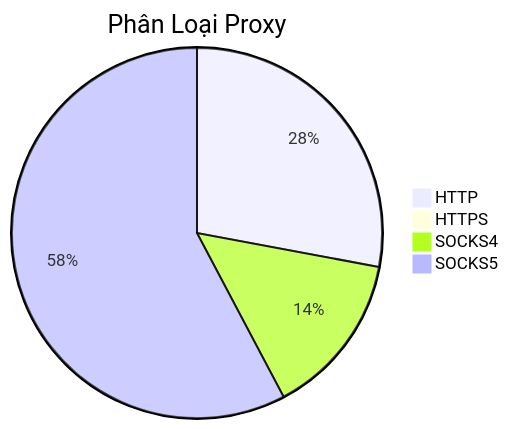
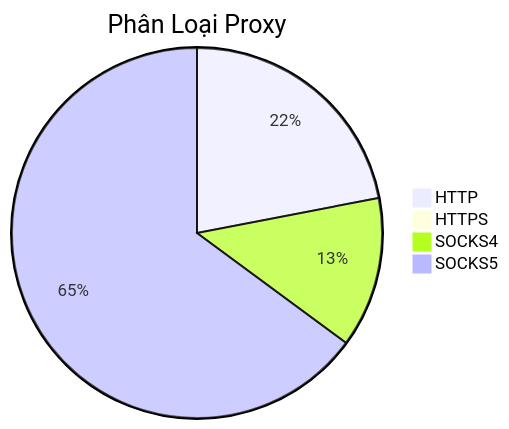
One commit to Ciara-12/PROXY-free changed the diagram in README.md. Above: the diagram before and after it, drawn with Mermaid. The commit also changed other lines of this file and 4 other files, not shown here.

````diff
--- a/README.md
+++ b/README.md
@@ -26,7 +26,7 @@
 ```mermaid
 pie title Phân Loại Proxy
-    "HTTP" : 767
+    "HTTP" : 411
     "HTTPS" : 1
-    "SOCKS4" : 393
-    "SOCKS5" : 1585
+    "SOCKS4" : 246
+    "SOCKS5" : 1214
 ```
````
